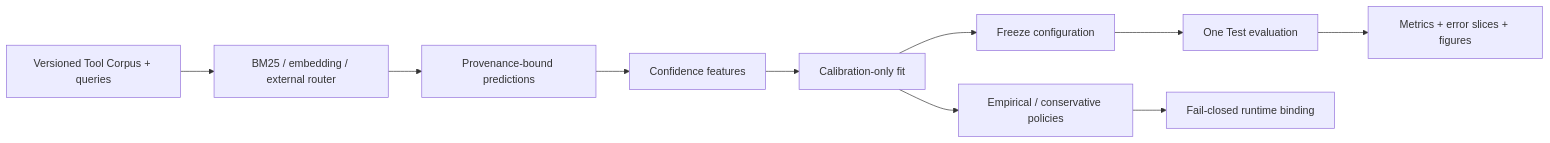
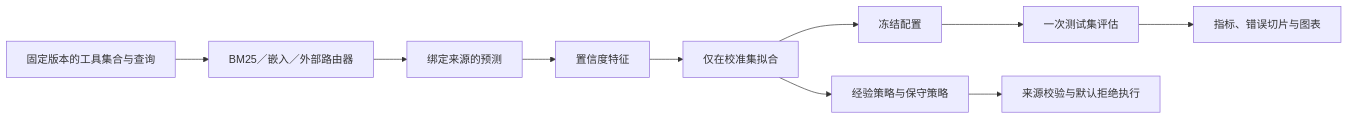
One commit to svj-w/mcp-route-reliability-lab changed the diagram in README.md. Above: the diagram before and after it, drawn with Mermaid. The commit also changed other lines of this file and 3 other files, not shown here.

````diff
--- a/README.md
+++ b/README.md
@@ -120,12 +51,12 @@
 ```mermaid
 flowchart LR
-    A[Versioned Tool Corpus + queries] --> B[BM25 / embedding / external router]
-    B --> C[Provenance-bound predictions]
-    C --> D[Confidence features]
-    D --> E[Calibration-only fit]
-    E --> F[Freeze configuration]
-    F --> G[One Test evaluation]
-    G --> H[Metrics + error slices + figures]
-    E --> I[Empirical / conservative policies]
-    I --> J[Fail-closed runtime binding]
+    A["固定版本的工具集合与查询"] --> B["BM25／嵌入／外部路由器"]
+    B --> C["绑定来源的预测"]
+    C --> D["置信度特征"]
+    D --> E["仅在校准集拟合"]
+    E --> F["冻结配置"]
+    F --> G["一次测试集评估"]
+    G --> H["指标、错误切片与图表"]
+    E --> I["经验策略与保守策略"]
+    I --> J["来源校验与默认拒绝执行"]
 ```
````
